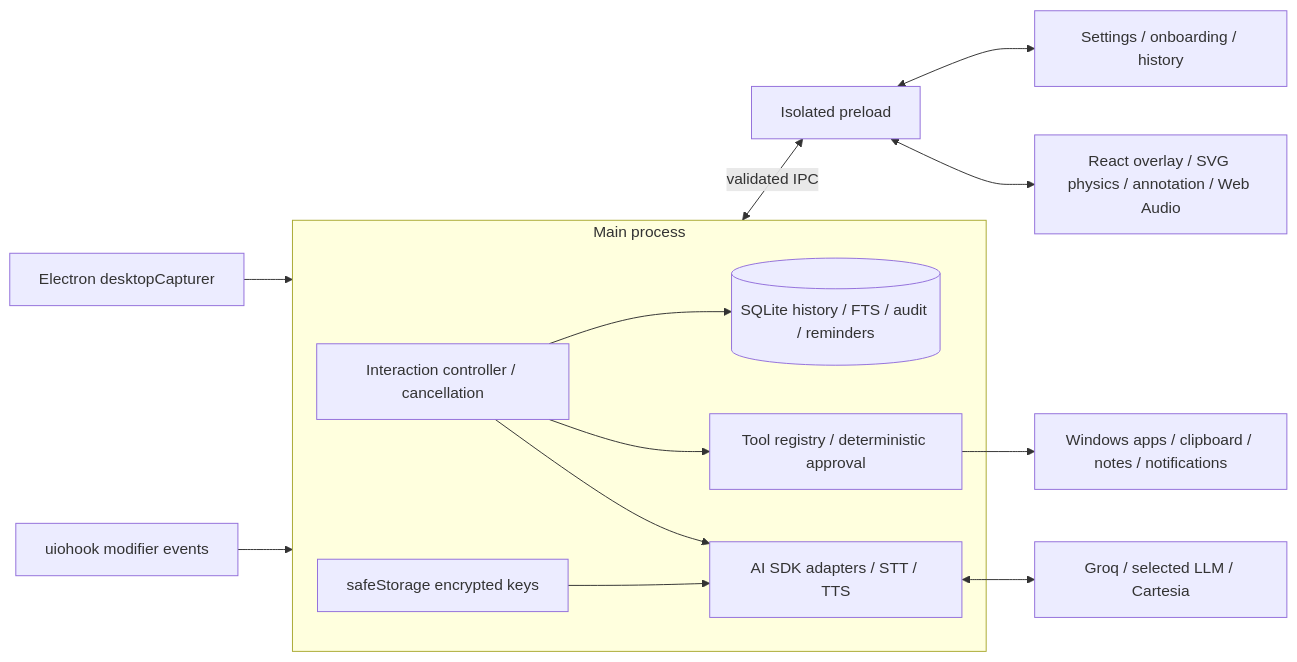
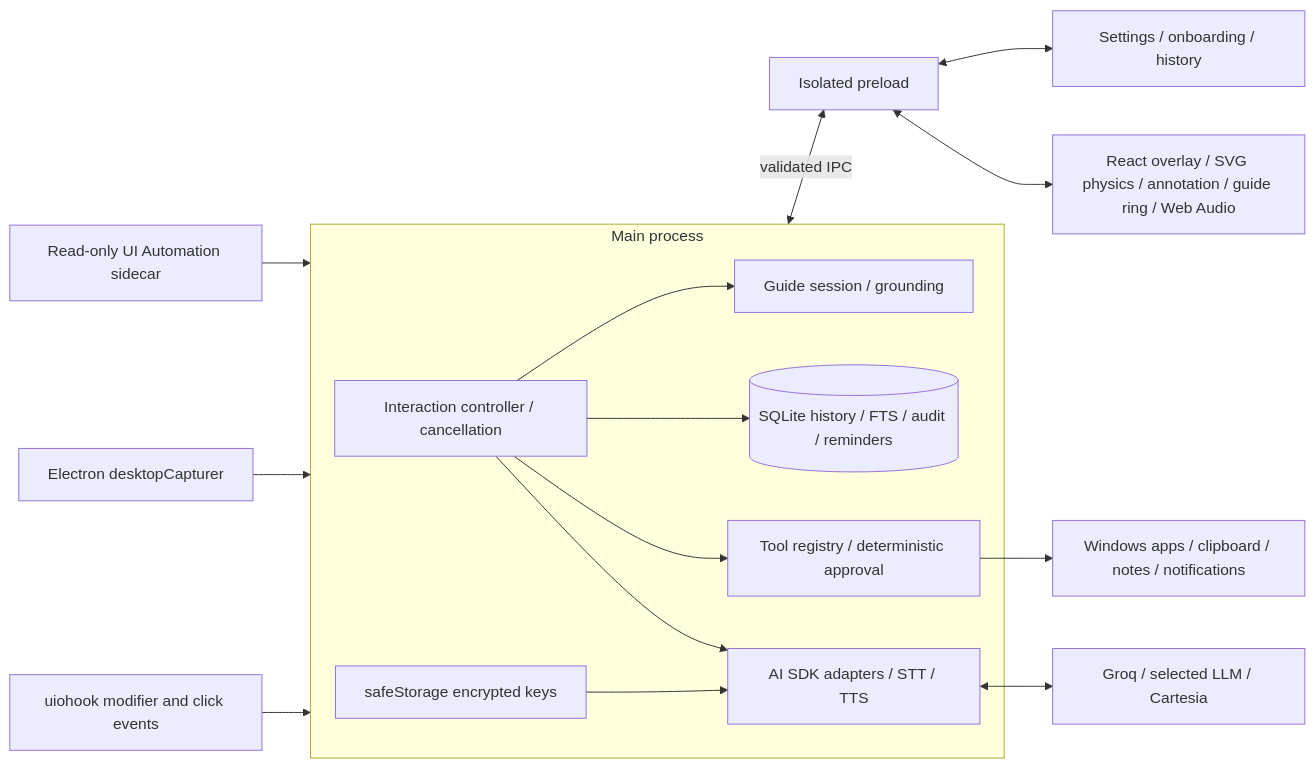
Before and after one commit to Dheeraj-Manwani/kite: the first of 2 diagrams in docs/architecture.md, drawn with Mermaid. The commit also changed other lines of this file and 36 other files, not shown here.

````diff
--- a/docs/architecture.md
+++ b/docs/architecture.md
@@ -5,21 +5,24 @@
 ```mermaid
 flowchart LR
-  Hook[uiohook modifier events] --> Main
+  Hook[uiohook modifier and click events] --> Main
   Screen[Electron desktopCapturer] --> Main
+  UIA[Read-only UI Automation sidecar] --> Main
   subgraph Main[Main process]
     Controller[Interaction controller / cancellation]
     Providers[AI SDK adapters / STT / TTS]
     Policy[Tool registry / deterministic approval]
+    Guide[Guide session / grounding]
     DB[(SQLite history / FTS / audit / reminders)]
     Secrets[safeStorage encrypted keys]
     Controller --> Providers
     Controller --> Policy
     Controller --> DB
+    Controller --> Guide
     Secrets --> Providers
   end
   Main <-->|validated IPC| Bridge[Isolated preload]
-  Bridge <--> Overlay[React overlay / SVG physics / annotation / Web Audio]
+  Bridge <--> Overlay[React overlay / SVG physics / annotation / guide ring / Web Audio]
   Bridge <--> Settings[Settings / onboarding / history]
   Providers <--> APIs[Groq / selected LLM / Cartesia]
   Policy --> OS[Windows apps / clipboard / notes / notifications]
 ```
````
